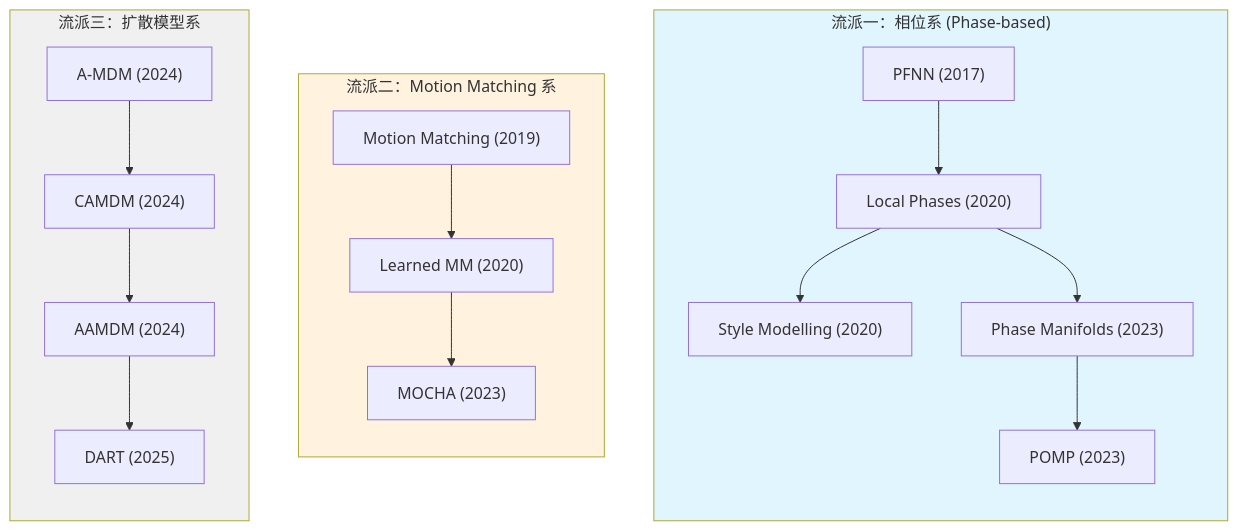
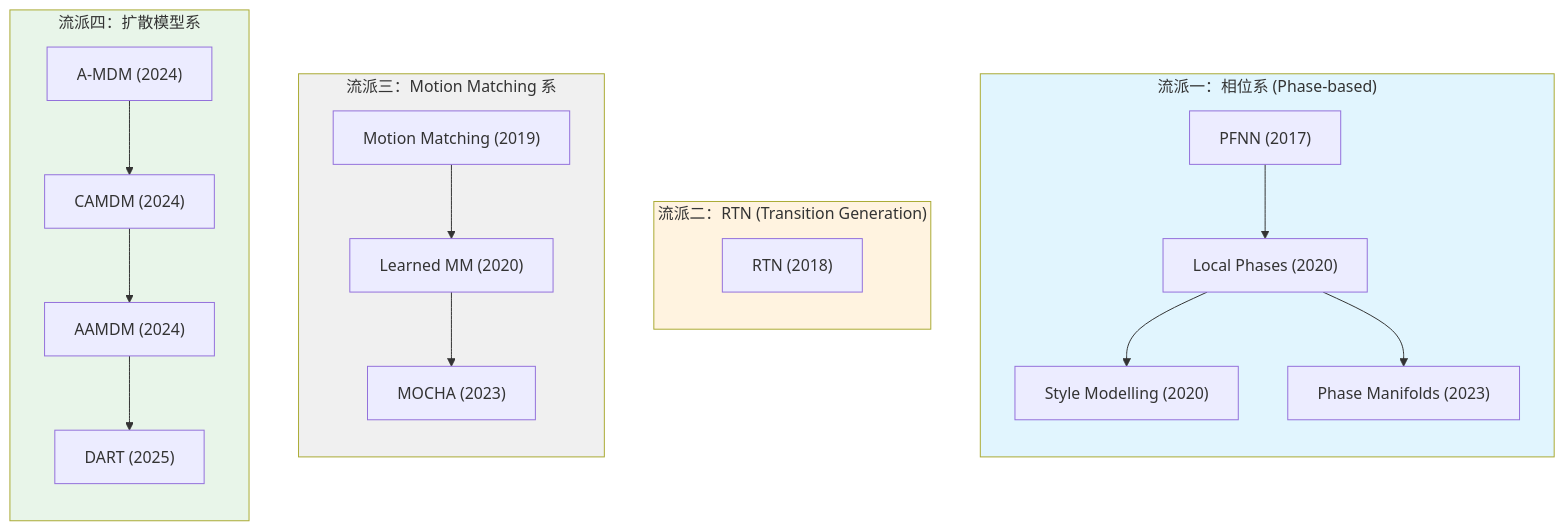
One commit to CaterpillarStudyGroup/GAMES105_mdbook changed the first of 26 diagrams in src/Locomotion_Survey.md. Above: the diagram before and after it, drawn with Mermaid. The commit also changed other lines of this file, not shown here.

First line of the commit message:
Add RTN (210) to Locomotion Survey and reorganize section numbering

````diff
--- a/src/Locomotion_Survey.md
+++ b/src/Locomotion_Survey.md
@@ -42,27 +42,32 @@
 ```mermaid
 flowchart TB
     subgraph Phase["流派一：相位系 (Phase-based)"]
         direction TB
         PFNN["PFNN (2017)"] --> LP["Local Phases (2020)"]
         LP --> SM["Style Modelling (2020)"]
         LP --> PM["Phase Manifolds (2023)"]
-        PM --> POMP["POMP (2023)"]
     end
 
-    subgraph MM["流派二：Motion Matching 系"]
+    subgraph Trans["流派二：RTN (Transition Generation)"]
+        direction TB
+        RTN["RTN (2018)"]
+    end
+
+    subgraph MM["流派三：Motion Matching 系"]
         direction TB
         MM0["Motion Matching (2019)"] --> LMM["Learned MM (2020)"]
         LMM --> MOCHA["MOCHA (2023)"]
     end
 
-    subgraph Diff["流派三：扩散模型系"]
+    subgraph Diff["流派四：扩散模型系"]
         direction TB
         AMDM["A-MDM (2024)"] --> CAMDM["CAMDM (2024)"]
         CAMDM --> AAMDM["AAMDM (2024)"]
         AAMDM --> DART["DART (2025)"]
     end
 
     style Phase fill:#e1f5fe
-    style MM fill:#fff3e0
-    style Diff fill:#f0f0f0
+    style Trans fill:#fff3e0
+    style MM fill:#f0f0f0
+    style Diff fill:#e8f5e9
 ```
````
